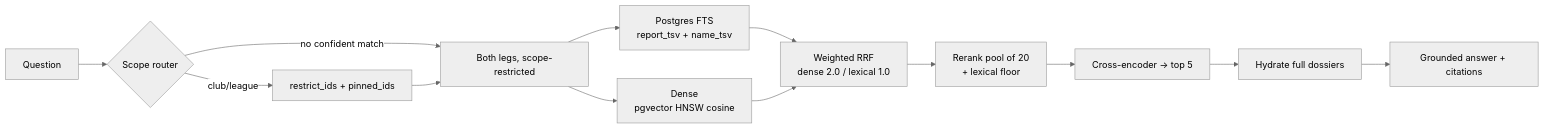
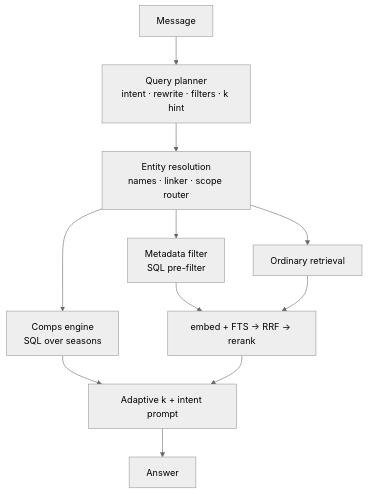
One commit to shigenogoro/PuckAI-Engineering changed the second of 2 diagrams in docs/retrieval/README.md. Above: the diagram before and after it, drawn with Mermaid (neutral theme). The commit also changed other lines of this file and 3 other files, not shown here.

````diff
--- a/docs/retrieval/README.md
+++ b/docs/retrieval/README.md
@@ -15,15 +28,13 @@
 ```mermaid
-flowchart LR
-  Q["Question"] --> SR{"Scope router"}
-  SR -->|club/league| RID["restrict_ids + pinned_ids"]
-  SR -->|no confident match| LEGS
-  RID --> LEGS["Both legs, scope-restricted"]
-  LEGS --> F["Postgres FTS<br/>report_tsv + name_tsv"]
-  LEGS --> D["Dense<br/>pgvector HNSW cosine"]
-  F --> R["Weighted RRF<br/>dense 2.0 / lexical 1.0"]
-  D --> R
-  R --> P["Rerank pool of 20<br/>+ lexical floor"]
-  P --> K["Cross-encoder → top 5"]
-  K --> H["Hydrate full dossiers"]
-  H --> A["Grounded answer + citations"]
+flowchart TB
+  Q["Message"] --> P["Query planner<br/>intent · rewrite · filters · k hint"]
+  P --> ER["Entity resolution<br/>names · linker · scope router"]
+  ER --> C["Comps engine<br/>SQL over seasons"]
+  ER --> M["Metadata filter<br/>SQL pre-filter"]
+  ER --> O["Ordinary retrieval"]
+  M --> H["embed + FTS → RRF → rerank"]
+  O --> H
+  C --> K["Adaptive k + intent prompt"]
+  H --> K
+  K --> A["Answer"]
 ```
````
